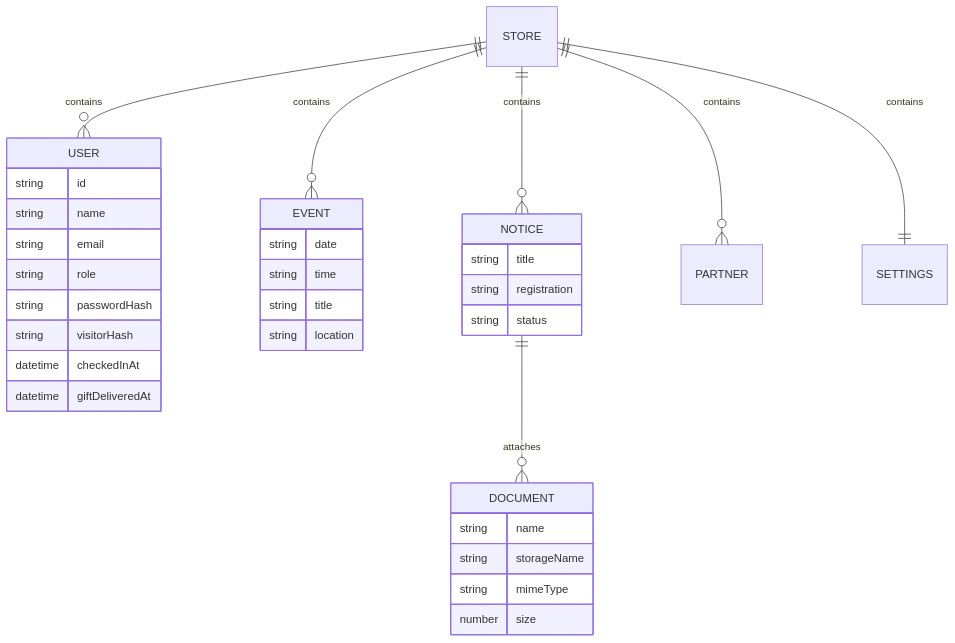
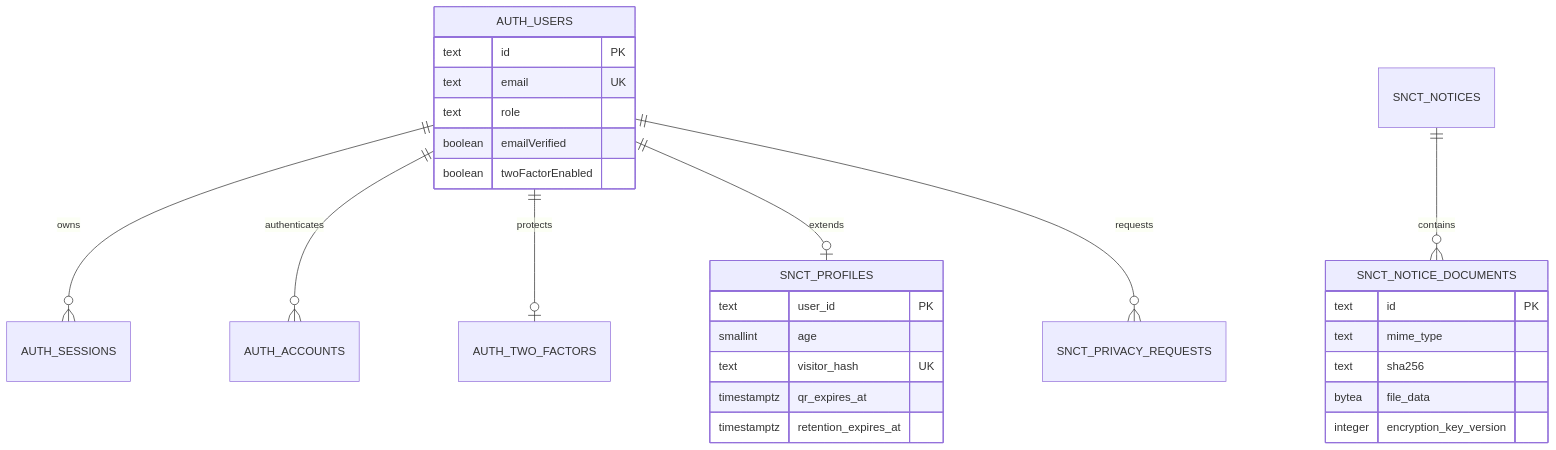
Before and after one commit to diegocoodes/snct: the third of 3 diagrams in docs/architecture.md, drawn with Mermaid. The commit also changed other lines of this file and 55 other files, not shown here.

````diff
--- a/docs/architecture.md
+++ b/docs/architecture.md
@@ -83,37 +90,31 @@
 ```mermaid
 erDiagram
-    STORE ||--o{ USER : contains
-    STORE ||--o{ EVENT : contains
-    STORE ||--o{ NOTICE : contains
-    STORE ||--o{ PARTNER : contains
-    STORE ||--|| SETTINGS : contains
-    NOTICE ||--o{ DOCUMENT : attaches
+    AUTH_USERS ||--o{ AUTH_SESSIONS : owns
+    AUTH_USERS ||--o{ AUTH_ACCOUNTS : authenticates
+    AUTH_USERS ||--o| AUTH_TWO_FACTORS : protects
+    AUTH_USERS ||--o| SNCT_PROFILES : extends
+    SNCT_NOTICES ||--o{ SNCT_NOTICE_DOCUMENTS : contains
+    AUTH_USERS ||--o{ SNCT_PRIVACY_REQUESTS : requests
 
-    USER {
-      string id
-      string name
-      string email
-      string role
-      string passwordHash
-      string visitorHash
-      datetime checkedInAt
-      datetime giftDeliveredAt
+    AUTH_USERS {
+      text id PK
+      text email UK
+      text role
+      boolean emailVerified
+      boolean twoFactorEnabled
     }
-    EVENT {
-      string date
-      string time
-      string title
-      string location
+    SNCT_PROFILES {
+      text user_id PK
+      smallint age
+      text visitor_hash UK
+      timestamptz qr_expires_at
+      timestamptz retention_expires_at
     }
-    NOTICE {
-      string title
-      string registration
-      string status
-    }
-    DOCUMENT {
-      string name
-      string storageName
-      string mimeType
-      number size
+    SNCT_NOTICE_DOCUMENTS {
+      text id PK
+      text mime_type
+      text sha256
+      bytea file_data
+      integer encryption_key_version
     }
 ```
````
